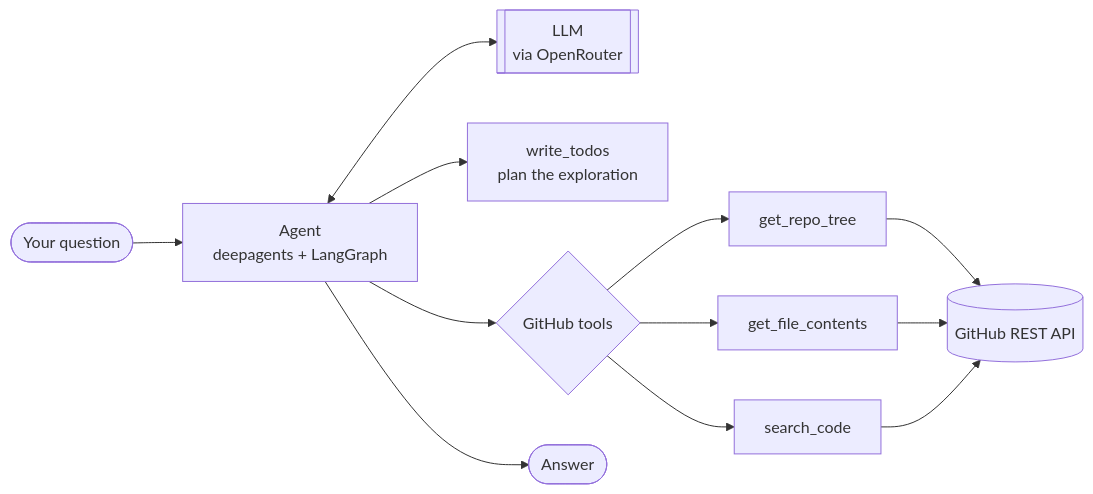
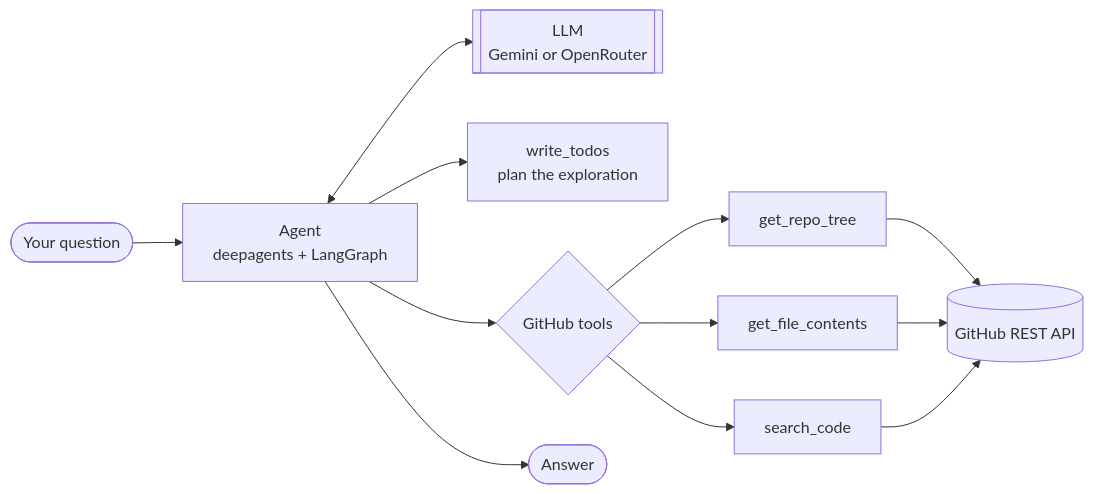
The diagram in README.md (ArchitKandu/repo-cartographer), drawn with Mermaid before and after one commit. The commit also changed other lines of this file and 7 other files, not shown here.

````diff
--- a/README.md
+++ b/README.md
@@ -45,12 +58,12 @@
 ```mermaid
 flowchart LR
     U([Your question]) --> A[Agent<br/>deepagents + LangGraph]
-    A <--> M[["LLM<br/>via OpenRouter"]]
+    A <--> M[["LLM<br/>Gemini or OpenRouter"]]
     A --> P[write_todos<br/>plan the exploration]
     A --> T{GitHub tools}
     T --> T1[get_repo_tree]
     T --> T2[get_file_contents]
     T --> T3[search_code]
     T1 & T2 & T3 --> G[(GitHub REST API)]
     A --> R([Answer])
 ```
````
